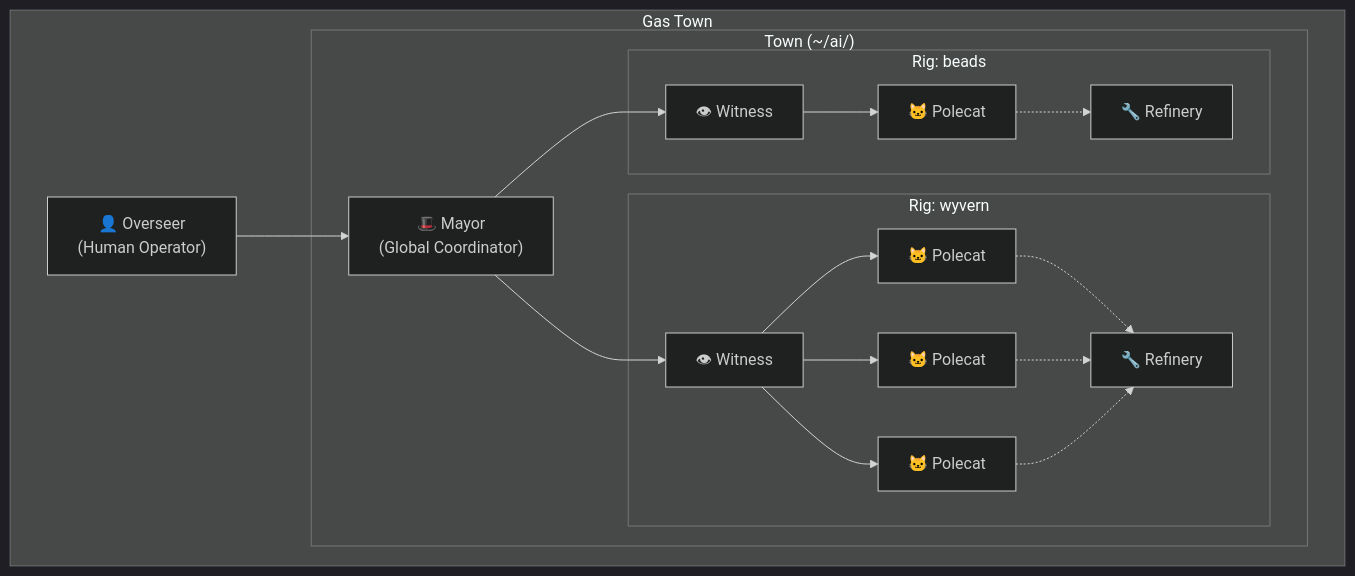
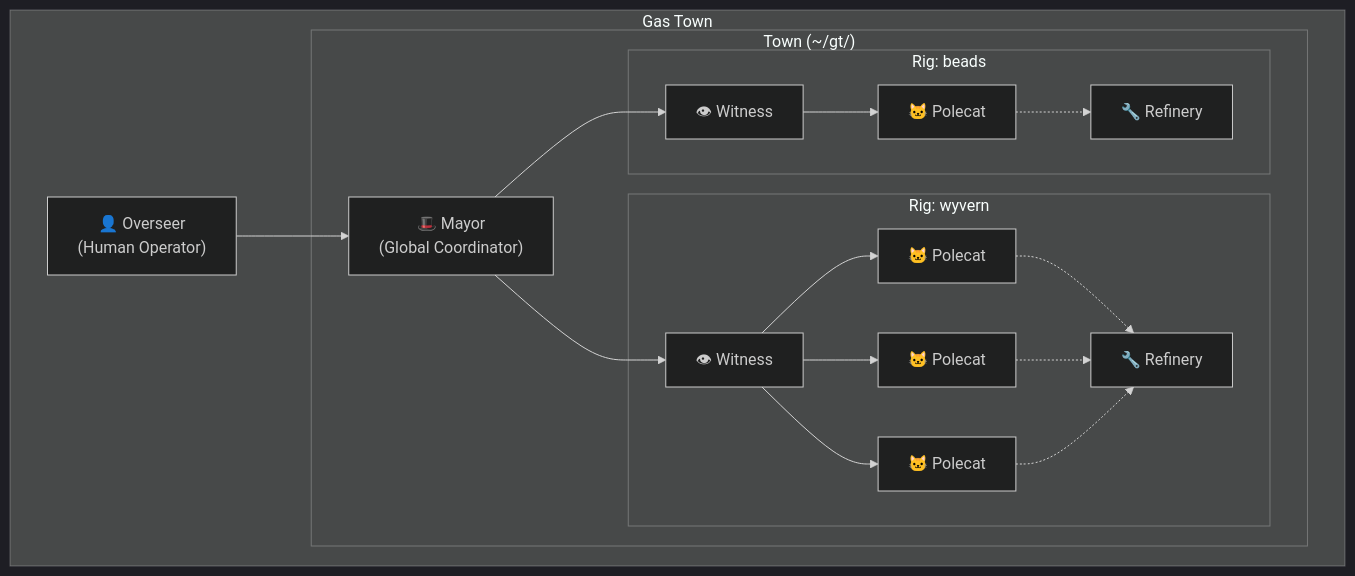
Before and after one commit to wsaults/gastown: the first of 11 diagrams in docs/architecture.md, drawn with Mermaid (dark theme). The commit also changed other lines of this file and 2 other files, not shown here.

````diff
--- a/docs/architecture.md
+++ b/docs/architecture.md
@@ -9,36 +9,36 @@
 ```mermaid
 graph TB
     subgraph "Gas Town"
         Overseer["👤 Overseer<br/>(Human Operator)"]
 
-        subgraph Town["Town (~/ai/)"]
+        subgraph Town["Town (~/gt/)"]
             Mayor["🎩 Mayor<br/>(Global Coordinator)"]
 
             subgraph Rig1["Rig: wyvern"]
                 W1["👁 Witness"]
                 R1["🔧 Refinery"]
                 P1["🐱 Polecat"]
                 P2["🐱 Polecat"]
                 P3["🐱 Polecat"]
             end
 
             subgraph Rig2["Rig: beads"]
                 W2["👁 Witness"]
                 R2["🔧 Refinery"]
                 P4["🐱 Polecat"]
             end
         end
     end
 
     Overseer --> Mayor
     Mayor --> W1
     Mayor --> W2
     W1 --> P1
     W1 --> P2
     W1 --> P3
     W2 --> P4
     P1 -.-> R1
     P2 -.-> R1
     P3 -.-> R1
     P4 -.-> R2
 ```
````
